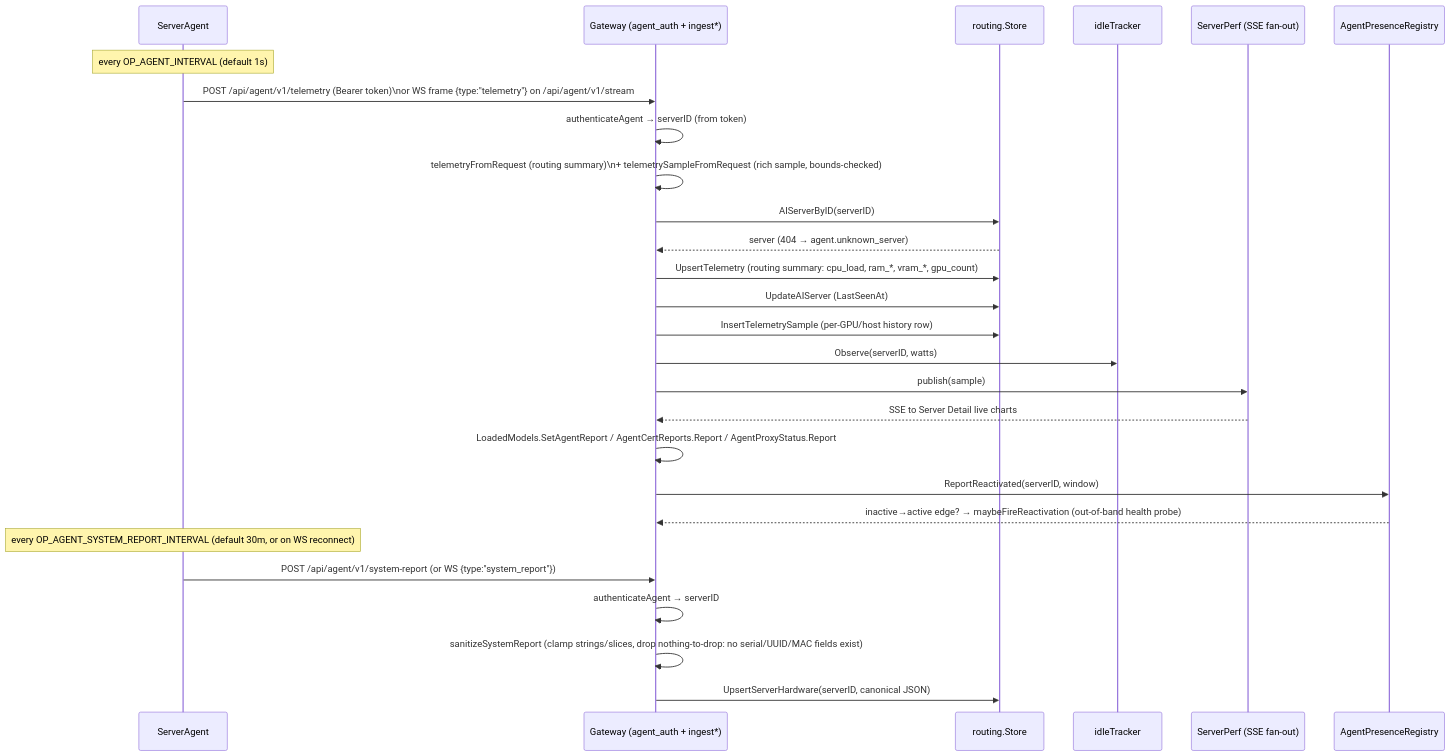
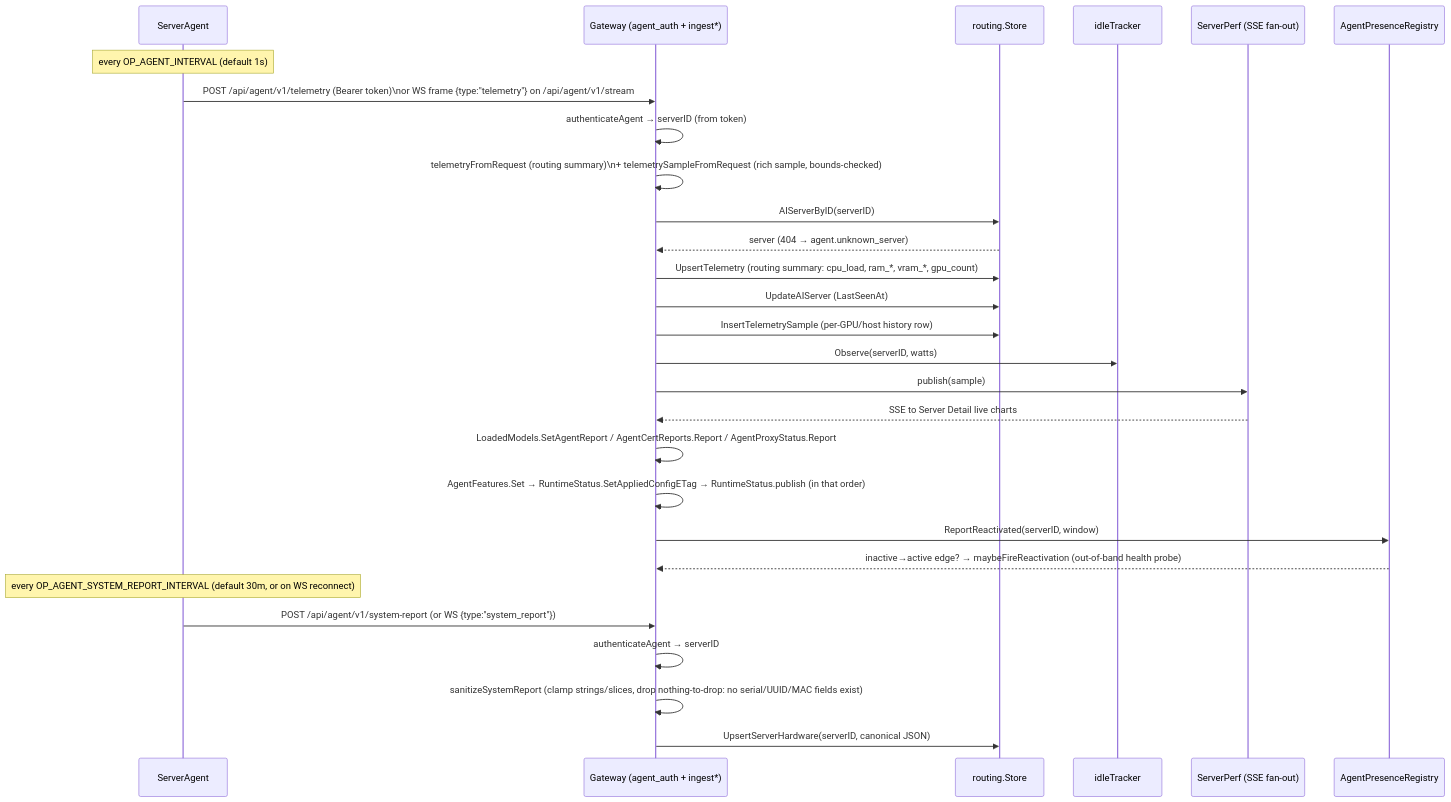
Before and after one commit to JLor08/op-ai-gateway: the first of 3 diagrams in docs/architecture/cross-cutting/telemetry-usage-observability.md, drawn with Mermaid. The commit also changed other lines of this file and 90 other files, not shown here.

````diff
--- a/docs/architecture/cross-cutting/telemetry-usage-observability.md
+++ b/docs/architecture/cross-cutting/telemetry-usage-observability.md
@@ -187,31 +187,32 @@
 ```mermaid
 sequenceDiagram
     participant A as ServerAgent
     participant GW as Gateway (agent_auth + ingest*)
     participant St as routing.Store
     participant Idle as idleTracker
     participant Perf as ServerPerf (SSE fan-out)
     participant Pres as AgentPresenceRegistry
 
     Note over A: every OP_AGENT_INTERVAL (default 1s)
     A->>GW: POST /api/agent/v1/telemetry (Bearer token)\nor WS frame {type:"telemetry"} on /api/agent/v1/stream
     GW->>GW: authenticateAgent → serverID (from token)
     GW->>GW: telemetryFromRequest (routing summary)\n+ telemetrySampleFromRequest (rich sample, bounds-checked)
     GW->>St: AIServerByID(serverID)
     St-->>GW: server (404 → agent.unknown_server)
     GW->>St: UpsertTelemetry (routing summary: cpu_load, ram_*, vram_*, gpu_count)
     GW->>St: UpdateAIServer (LastSeenAt)
     GW->>St: InsertTelemetrySample (per-GPU/host history row)
     GW->>Idle: Observe(serverID, watts)
     GW->>Perf: publish(sample)
     Perf-->>GW: SSE to Server Detail live charts
     GW->>GW: LoadedModels.SetAgentReport / AgentCertReports.Report / AgentProxyStatus.Report
+    GW->>GW: AgentFeatures.Set → RuntimeStatus.SetAppliedConfigETag → RuntimeStatus.publish (in that order)
     GW->>Pres: ReportReactivated(serverID, window)
     Pres-->>GW: inactive→active edge? → maybeFireReactivation (out-of-band health probe)
 
     Note over A: every OP_AGENT_SYSTEM_REPORT_INTERVAL (default 30m, or on WS reconnect)
     A->>GW: POST /api/agent/v1/system-report (or WS {type:"system_report"})
     GW->>GW: authenticateAgent → serverID
     GW->>GW: sanitizeSystemReport (clamp strings/slices, drop nothing-to-drop: no serial/UUID/MAC fields exist)
     GW->>St: UpsertServerHardware(serverID, canonical JSON)
 ```
````
